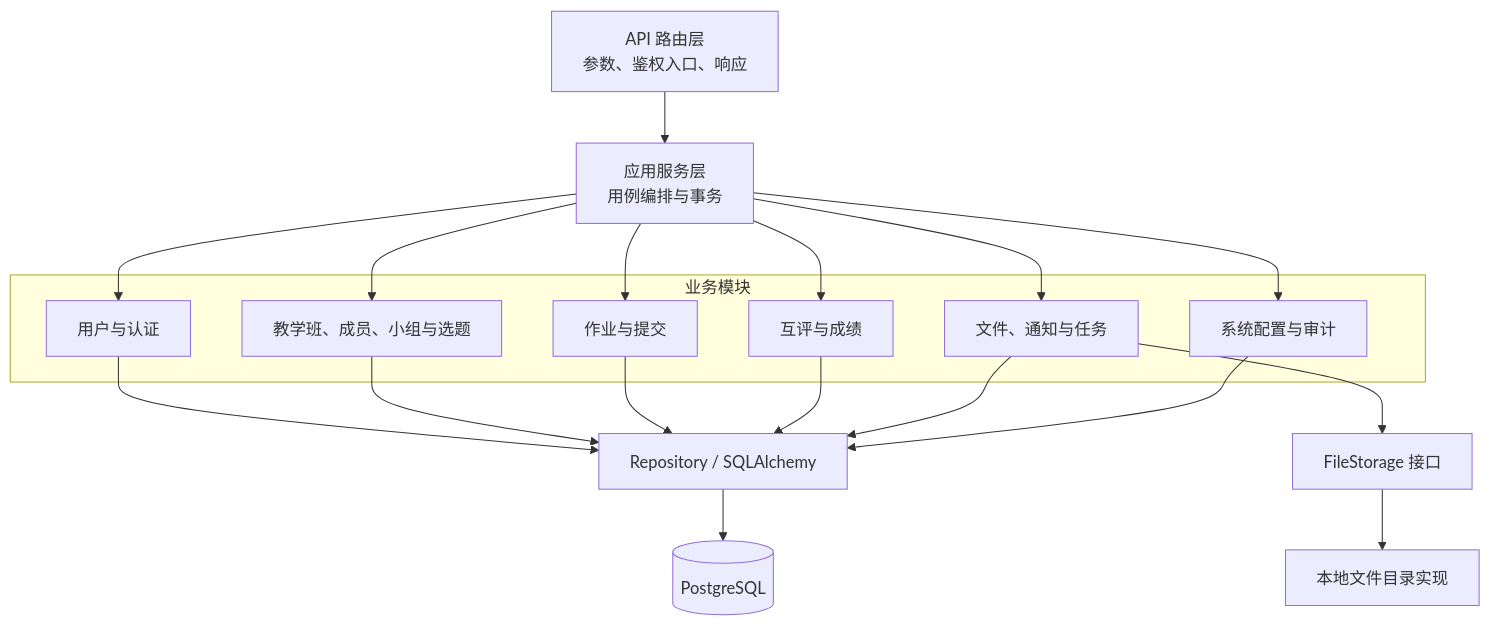
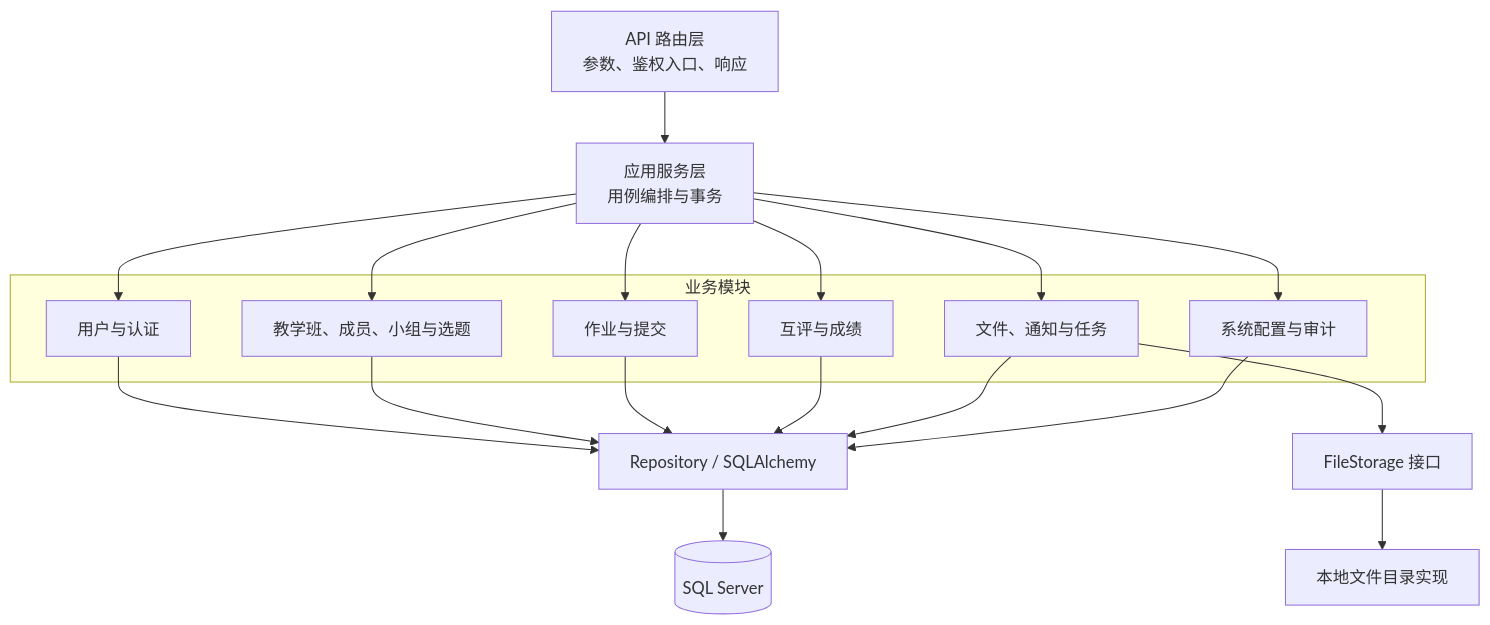
Before and after one commit to jackli5541/rjgc-zy-system: the third of 5 diagrams in docs/系统架构设计.md, drawn with Mermaid. The commit also changed other lines of this file and 38 other files, not shown here.

Commit message:
feat: migrate persistence to SQL Server

````diff
--- a/docs/系统架构设计.md
+++ b/docs/系统架构设计.md
@@ -99,30 +99,30 @@
 ```mermaid
 flowchart TB
     Router["API 路由层<br/>参数、鉴权入口、响应"] --> Services["应用服务层<br/>用例编排与事务"]
 
     subgraph Modules["业务模块"]
         Identity["用户与认证"]
         ClassTeam["教学班、成员、小组与选题"]
         Assignment["作业与提交"]
         ReviewGrade["互评与成绩"]
         FileTask["文件、通知与任务"]
         Audit["系统配置与审计"]
     end
 
     Services --> Identity
     Services --> ClassTeam
     Services --> Assignment
     Services --> ReviewGrade
     Services --> FileTask
     Services --> Audit
 
     Identity --> Repository["Repository / SQLAlchemy"]
     ClassTeam --> Repository
     Assignment --> Repository
     ReviewGrade --> Repository
     FileTask --> Repository
     Audit --> Repository
-    Repository --> DB[("PostgreSQL")]
+    Repository --> DB[("SQL Server")]
     FileTask --> Storage["FileStorage 接口"]
     Storage --> Local["本地文件目录实现"]
 ```
````
